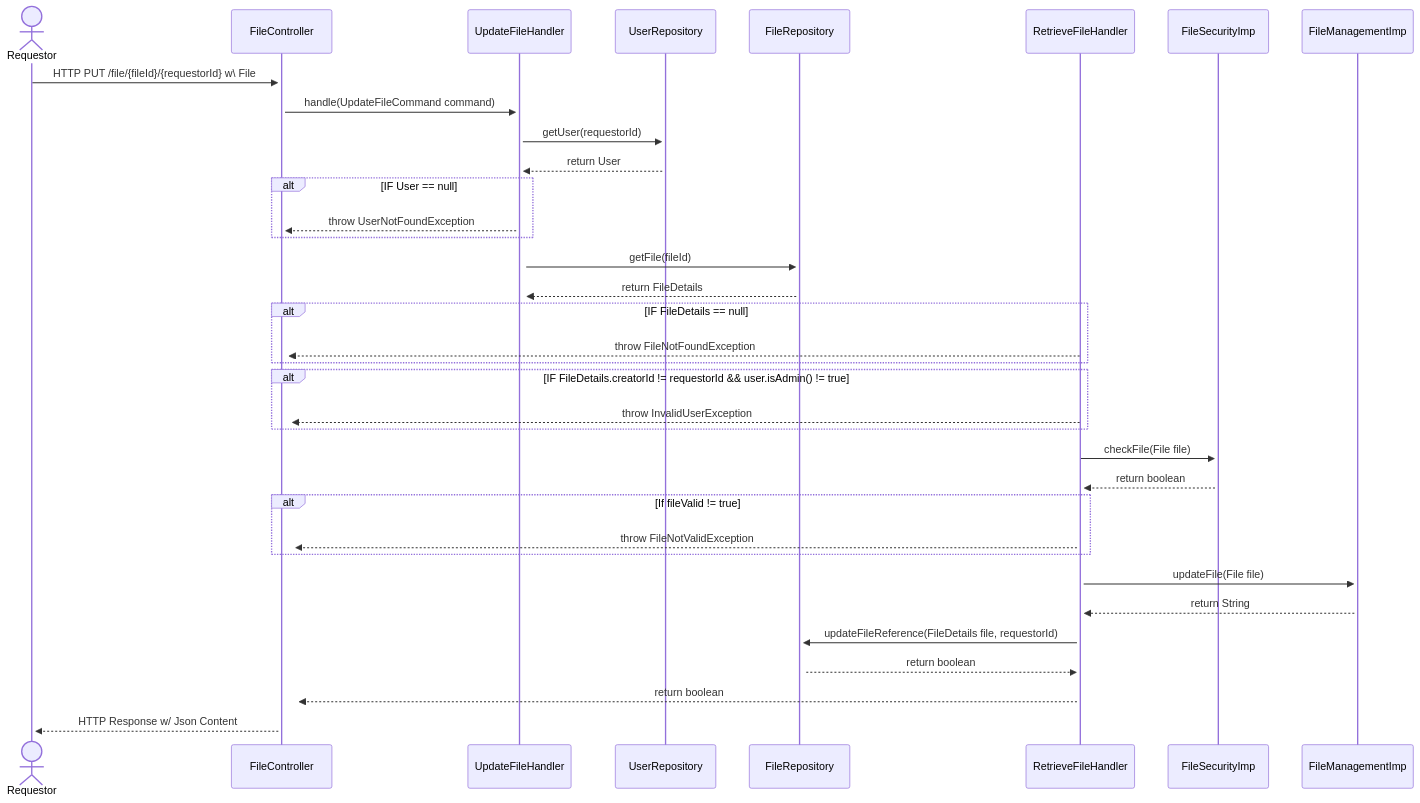
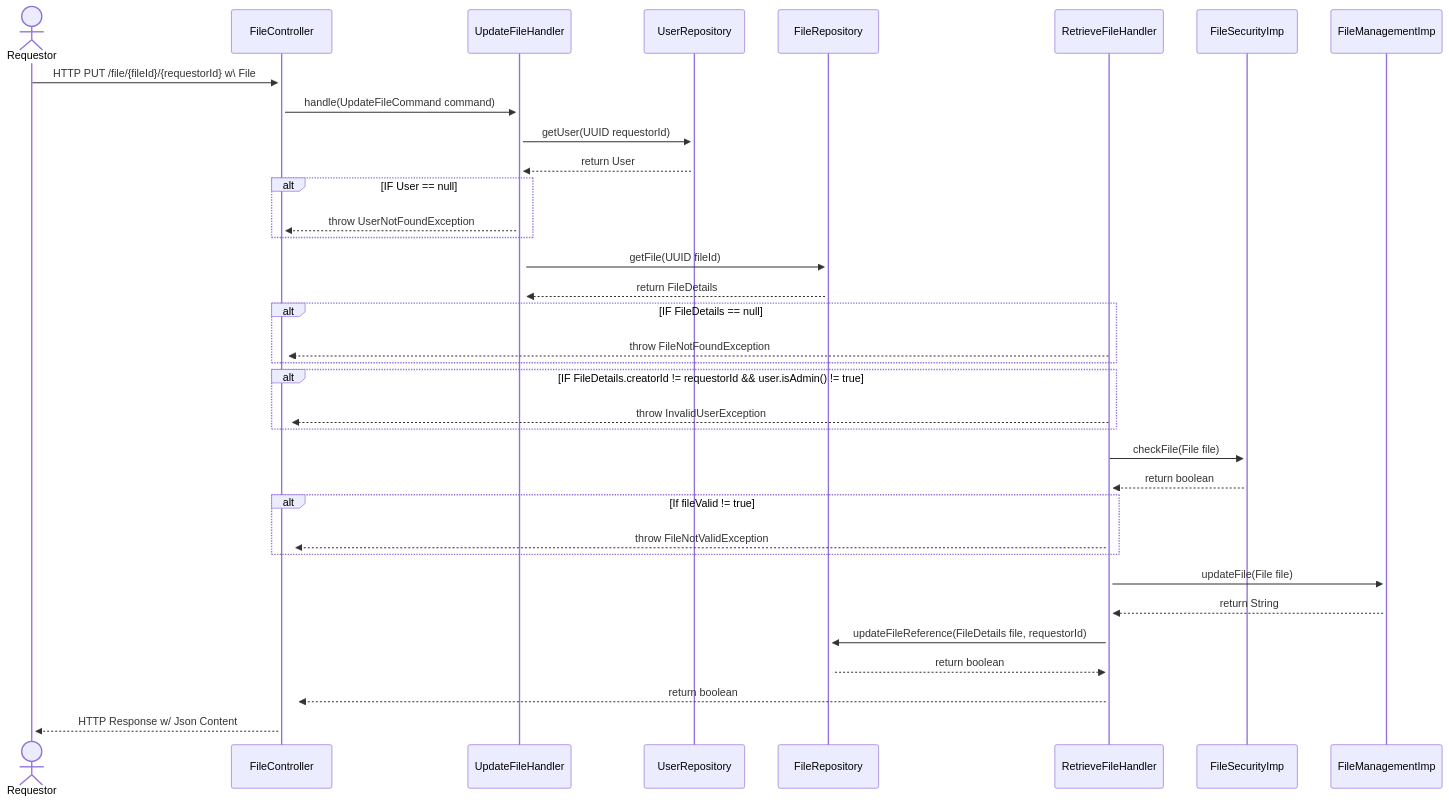
One commit to patrickSlaine/Java-Cloud-Storage changed the seventh of 10 diagrams in docs/pages/design/sequenceDiagrams.md. Above: the diagram before and after it, drawn with Mermaid. The commit also changed other lines of this file and 5 other files, not shown here.

Commit message:
Sequence Diagrams

````diff
--- a/docs/pages/design/sequenceDiagrams.md
+++ b/docs/pages/design/sequenceDiagrams.md
@@ -137,37 +137,37 @@
 ```mermaid
 sequenceDiagram
     actor Requestor
     Requestor ->>+ FileController: HTTP PUT /file/{fileId}/{requestorId} w\ File
     FileController ->>+ UpdateFileHandler: handle(UpdateFileCommand command)
-    UpdateFileHandler ->>+ UserRepository: getUser(requestorId)
+    UpdateFileHandler ->>+ UserRepository: getUser(UUID requestorId)
     UserRepository -->>+ UpdateFileHandler: return User
 
     alt IF User == null
         UpdateFileHandler -->>+ FileController: throw UserNotFoundException
     end
 
-    UpdateFileHandler ->>+ FileRepository: getFile(fileId)
+    UpdateFileHandler ->>+ FileRepository: getFile(UUID fileId)
     FileRepository -->>+ UpdateFileHandler: return FileDetails
 
     alt IF FileDetails == null
 
         RetrieveFileHandler -->>+ FileController: throw FileNotFoundException
     end
 
     alt IF FileDetails.creatorId != requestorId && user.isAdmin() != true
         RetrieveFileHandler -->>+ FileController: throw InvalidUserException
     end
 
     RetrieveFileHandler ->>+ FileSecurityImp: checkFile(File file)
     FileSecurityImp -->>+ RetrieveFileHandler: return boolean
     alt If fileValid != true
     RetrieveFileHandler -->>+ FileController: throw FileNotValidException
     end
 
     RetrieveFileHandler ->>+ FileManagementImp: updateFile(File file)
     FileManagementImp -->>+ RetrieveFileHandler: return String
     RetrieveFileHandler ->>+ FileRepository: updateFileReference(FileDetails file, requestorId)
     FileRepository -->>+ RetrieveFileHandler: return boolean
     RetrieveFileHandler -->>+ FileController: return boolean
     FileController -->>+ Requestor: HTTP Response w/ Json Content
 ```
````
